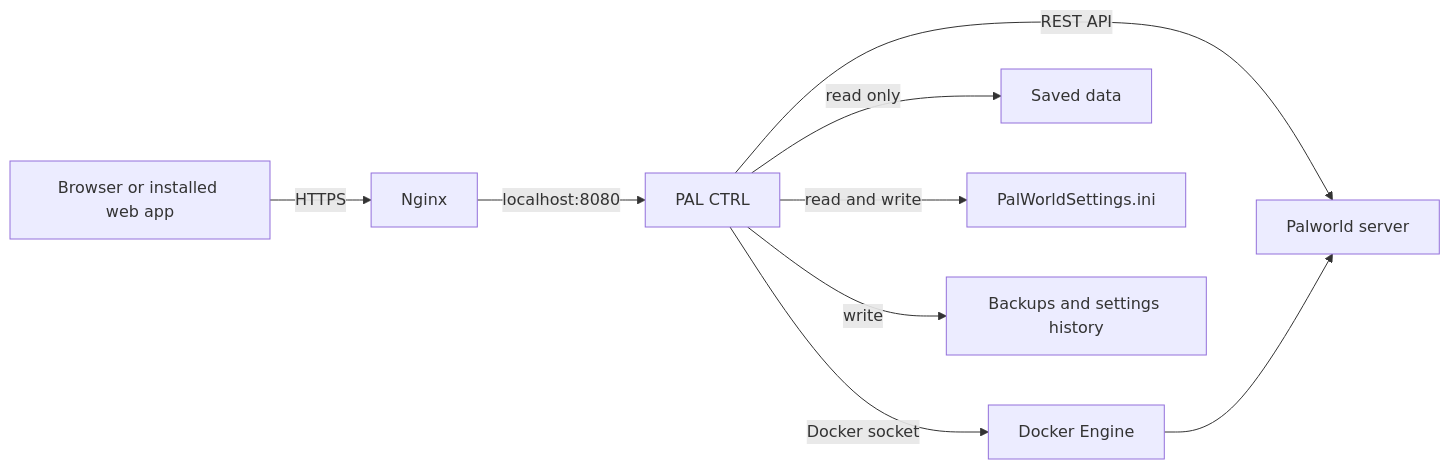
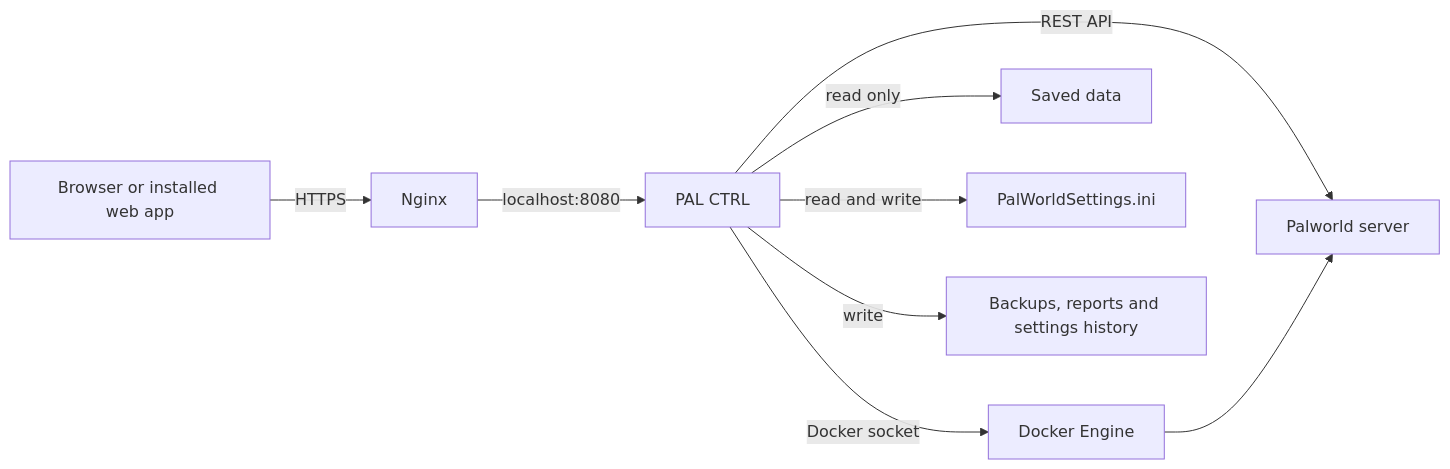
One commit to gusdeyw/palworld-server-control changed the diagram in README.md. Above: the diagram before and after it, drawn with Mermaid. The commit also changed other lines of this file and 13 other files, not shown here.

````diff
--- a/README.md
+++ b/README.md
@@ -37,11 +38,11 @@
 ```mermaid
 flowchart LR
     Browser[Browser or installed web app] -->|HTTPS| Nginx[Nginx]
     Nginx -->|localhost:8080| Panel[PAL CTRL]
     Panel -->|REST API| Palworld[Palworld server]
     Panel -->|Docker socket| Docker[Docker Engine]
     Panel -->|read only| Saves[Saved data]
     Panel -->|read and write| Config[PalWorldSettings.ini]
-    Panel -->|write| Backups[Backups and settings history]
+    Panel -->|write| Backups[Backups, reports and settings history]
     Docker --> Palworld
 ```
````
